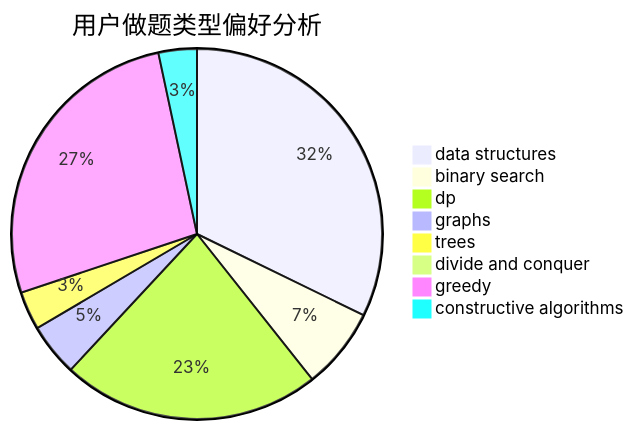
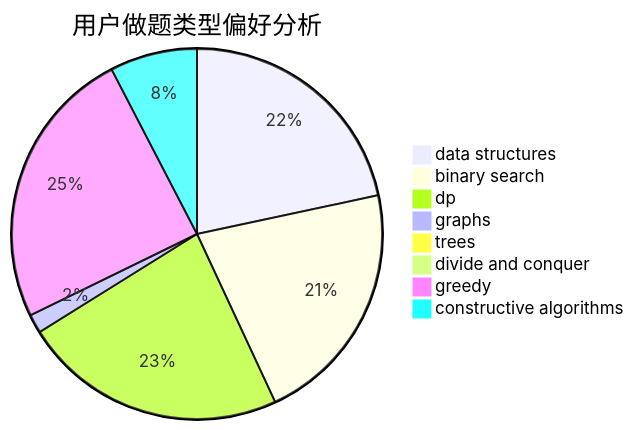
The second of 3 diagrams in docs/user/u1109.md (sherpahu/cfrs.github.io), drawn with Mermaid before and after one commit. The commit also changed other lines of this file and 2770 other files, not shown here.

````diff
--- a/docs/user/u1109.md
+++ b/docs/user/u1109.md
@@ -23,11 +23,11 @@
 ```mermaid
 pie title 用户做题类型偏好分析
-    "data structures" :  77
-    "binary search" :  17
-    "dp" :  54
-    "graphs" :  11
-    "trees" :  8
+    "data structures" :  395
+    "binary search" :  391
+    "dp" :  421
+    "graphs" :  30
+    "trees" :  0
     "divide and conquer" :  0
-    "greedy" :  64
-    "constructive algorithms" :  8
+    "greedy" :  449
+    "constructive algorithms" :  139
 ```
````
